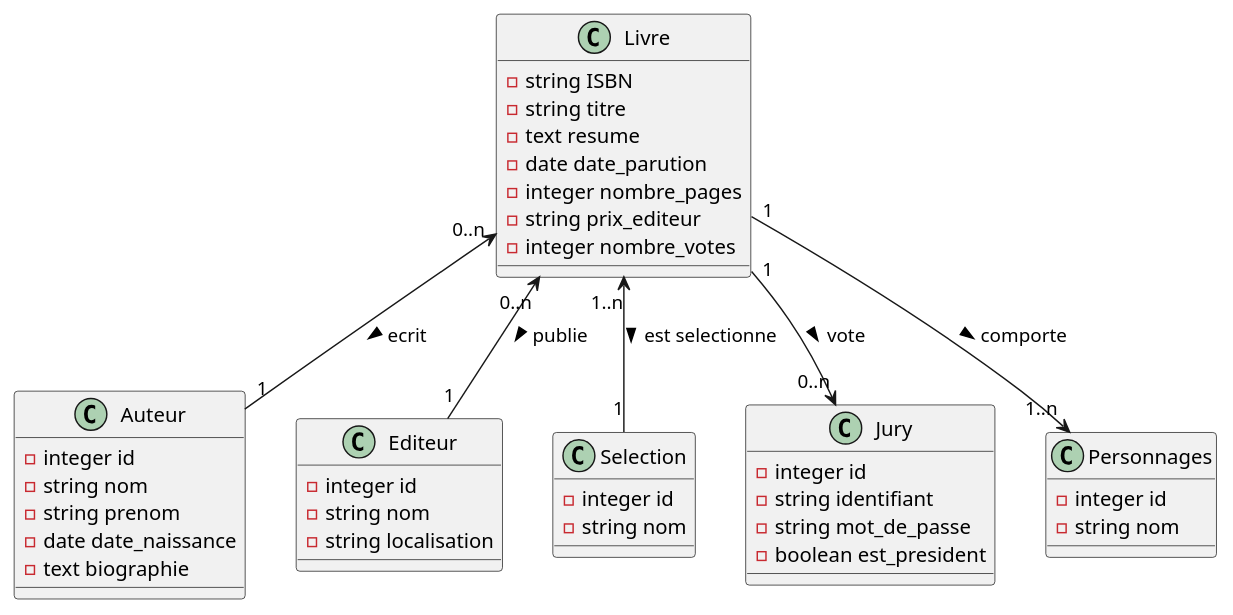
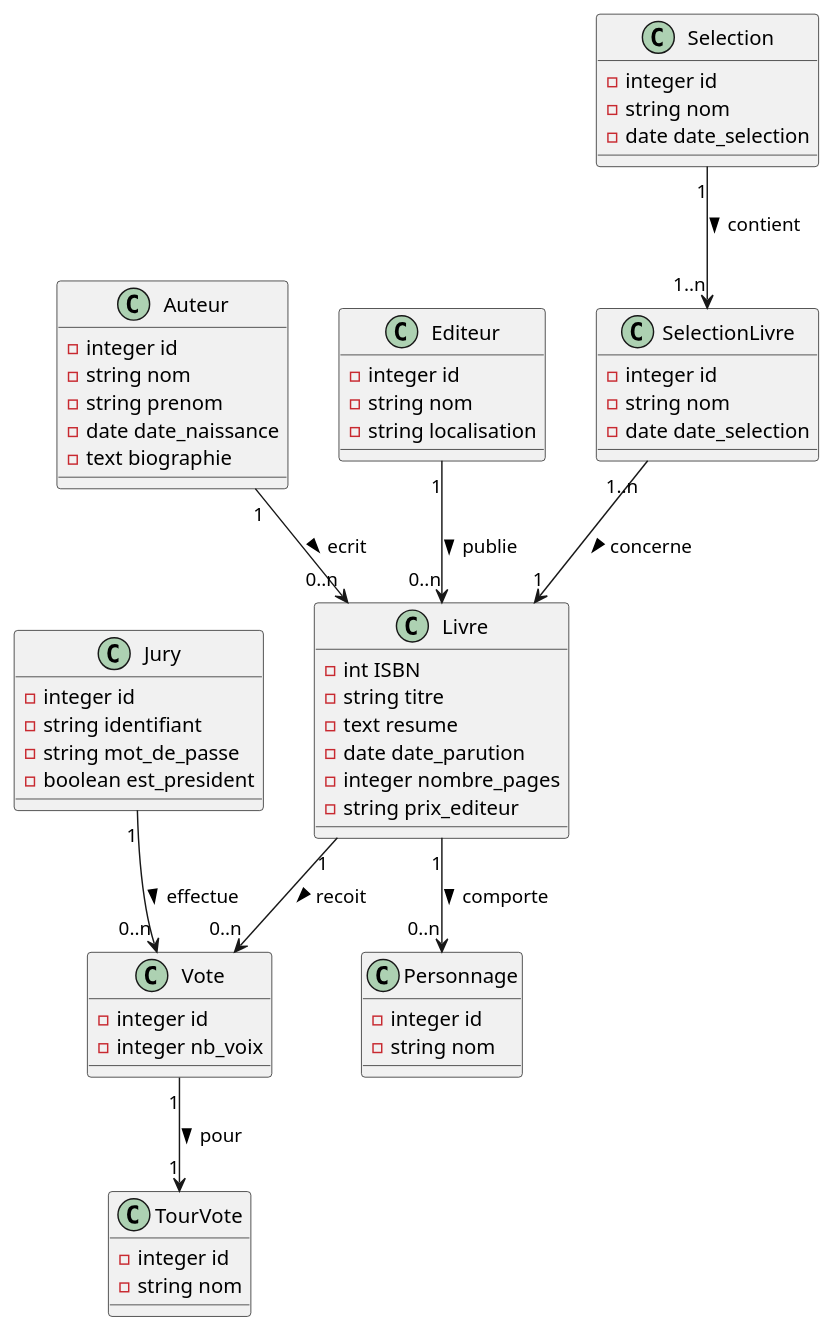
Before and after one commit to DucasseRafael91/Goncourt: the diagram in doc/uml/2-class/goncourt-class.puml, drawn with PlantUML. The commit also changed 2 other files, not shown here.

Commit message:
Correction des diagrammes de classes

```diff
--- a/doc/uml/2-class/goncourt-class.puml
+++ b/doc/uml/2-class/goncourt-class.puml
@@ -1,53 +1,81 @@
 @startuml Goncourt
 
 class Livre
 {
-    -string ISBN
+    -int ISBN
     -string titre
     -text resume
     -date date_parution
     -integer nombre_pages
     -string prix_editeur
-    -integer nombre_votes
 }
 
 class Auteur
 {
     -integer id
     -string nom
     -string prenom
     -date date_naissance
     -text biographie
 }
 
 class Editeur
 {
     -integer id
     -string nom
     -string localisation
 }
 
-class Selection{
+class Personnage
+{
     -integer id
     -string nom
 }
 
-class Jury{
+class Jury
+{
     -integer id
     -string identifiant
     -string mot_de_passe
     -boolean est_president
 }
 
-class Personnages{
+class TourVote
+{
     -integer id
     -string nom
 }
 
-Livre "0..n" <-- "1" Auteur : ecrit >
-Livre "0..n" <--"1" Editeur : publie >
-Livre "1..n" <--"1" Selection : est selectionne >
-Livre "1" -->"0..n" Jury : vote >
-Livre "1" -->"1..n" Personnages : comporte >
+class Vote
+{
+    -integer id
+    -integer nb_voix
+}
+
+class Selection
+{
+    -integer id
+    -string nom
+    -date date_selection
+}
+
+class SelectionLivre
+{
+    -integer id
+    -string nom
+    -date date_selection
+}
+
+' Relations
+
+Auteur "1" --> "0..n" Livre : ecrit >
+Editeur "1" --> "0..n" Livre : publie >
+Livre "1" --> "0..n" Personnage : comporte >
+Livre "1" --> "0..n" Vote : recoit >
+
+Jury "1" --> "0..n" Vote : effectue >
+Vote "1" --> "1" TourVote : pour >
+Selection "1" --> "1..n" SelectionLivre : contient >
+SelectionLivre "1..n" --> "1" Livre : concerne >
 
 @enduml
```
